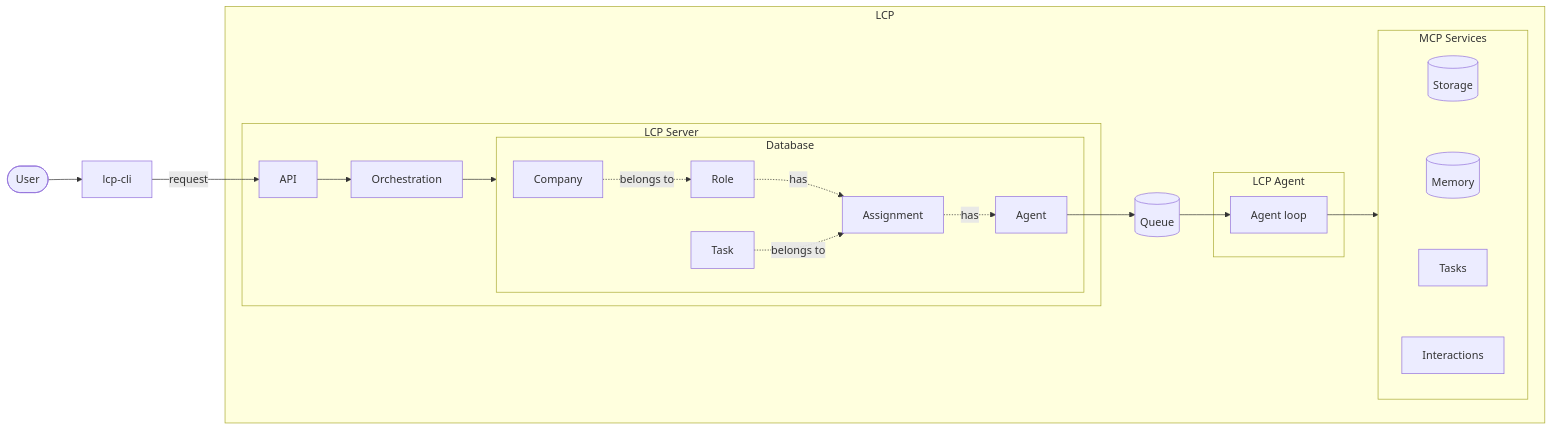
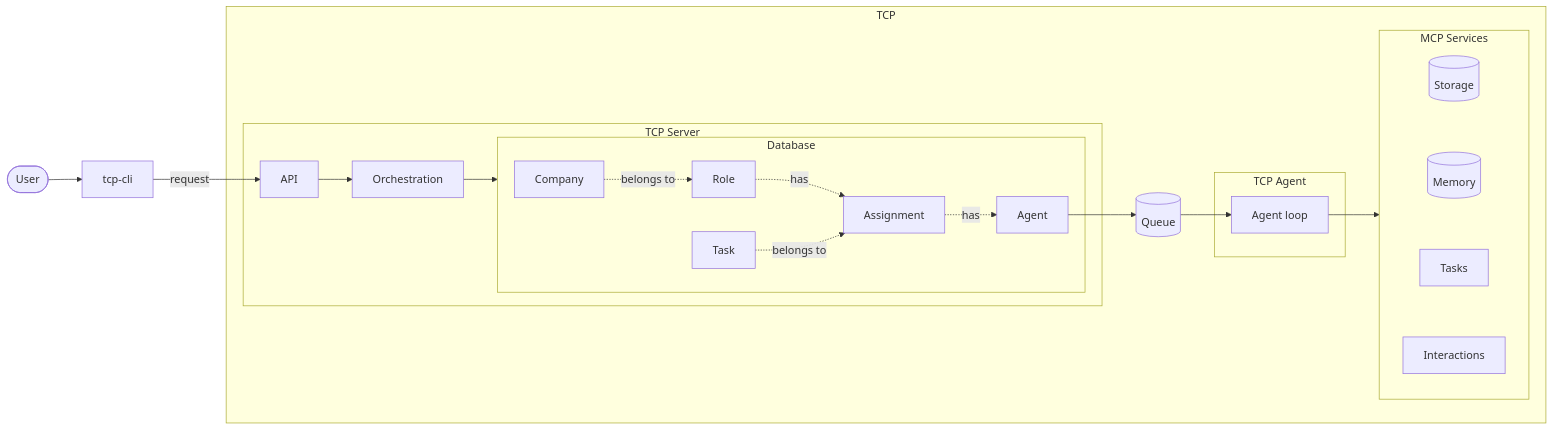
Before and after one commit to instantiator/tcp-server: the first of 4 diagrams in README.md, drawn with Mermaid. The commit also changed other lines of this file and 1129 other files, not shown here.

````diff
--- a/README.md
+++ b/README.md
@@ -28,44 +28,44 @@
 ```mermaid
 flowchart LR
   User(["User"])
-  CLI["lcp-cli"]
+  CLI["tcp-cli"]
 
-  subgraph LCP["LCP"]
-    subgraph Server["LCP Server"]
+  subgraph TCP["TCP"]
+    subgraph Server["TCP Server"]
       API["API"]
       subgraph DB["Database"]
         Company["Company"]
         Role["Role"]
         Assignment["Assignment"]
         Agent["Agent"]
         Task["Task"]
         Company -.->|belongs to| Role
         Role -.->|has| Assignment
         Task -.->|belongs to| Assignment
         Assignment -.->|has| Agent
       end
       API --> Orchestration
       Orchestration --> DB
     end
 
-    subgraph AgentSvc["LCP Agent"]
+    subgraph AgentSvc["TCP Agent"]
       AgentLoop["Agent loop"]
     end
 
     subgraph Services["MCP Services"]
       direction TB
       Storage[("Storage")]
       Memory[("Memory")]
       Tasks["Tasks"]
       Interactions["Interactions"]
       Storage ~~~ Memory ~~~ Tasks ~~~ Interactions
     end
 
     AgentLoop --> Services
       Agent --> Queue[("Queue")]
   end
 
   User --> CLI
   CLI -->|request| API
   Queue --> AgentLoop
 ```
````
